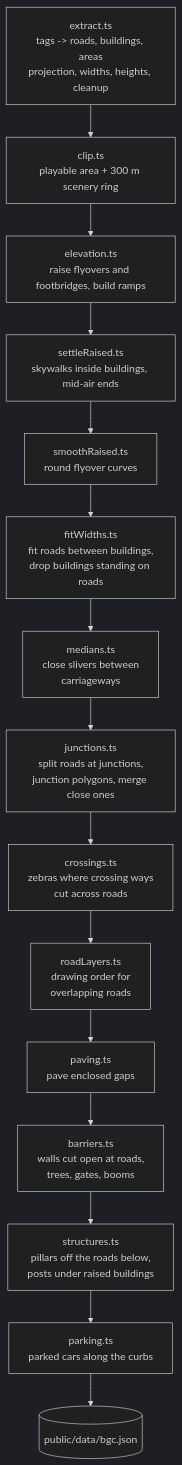
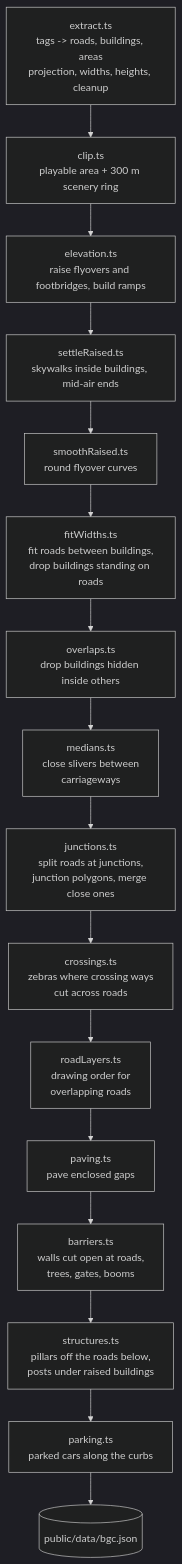
One commit to ajs0905/drive-thru-mnl changed the second of 5 diagrams in docs/ARCHITECTURE.md. Above: the diagram before and after it, drawn with Mermaid (dark theme). The commit also changed other lines of this file and 61 other files, not shown here.

````diff
--- a/docs/ARCHITECTURE.md
+++ b/docs/ARCHITECTURE.md
@@ -103,17 +103,18 @@
 ```mermaid
 flowchart TD
   A[extract.ts<br/>tags -> roads, buildings, areas<br/>projection, widths, heights, cleanup] --> B[clip.ts<br/>playable area + 300 m scenery ring]
   B --> C[elevation.ts<br/>raise flyovers and footbridges, build ramps]
   C --> D[settleRaised.ts<br/>skywalks inside buildings, mid-air ends]
   D --> R[smoothRaised.ts<br/>round flyover curves]
   R --> E[fitWidths.ts<br/>fit roads between buildings,<br/>drop buildings standing on roads]
-  E --> M[medians.ts<br/>close slivers between<br/>carriageways]
+  E --> O[overlaps.ts<br/>drop buildings hidden inside others]
+  O --> M[medians.ts<br/>close slivers between<br/>carriageways]
   M --> G[junctions.ts<br/>split roads at junctions,<br/>junction polygons, merge close ones]
   G --> H[crossings.ts<br/>zebras where crossing ways<br/>cut across roads]
   H --> L[roadLayers.ts<br/>drawing order for<br/>overlapping roads]
   L --> P[paving.ts<br/>pave enclosed gaps]
   P --> X[barriers.ts<br/>walls cut open at roads,<br/>trees, gates, booms]
   X --> S[structures.ts<br/>pillars off the roads below,<br/>posts under raised buildings]
   S --> K[parking.ts<br/>parked cars along the curbs]
   K --> F[(public/data/bgc.json)]
 ```
````
